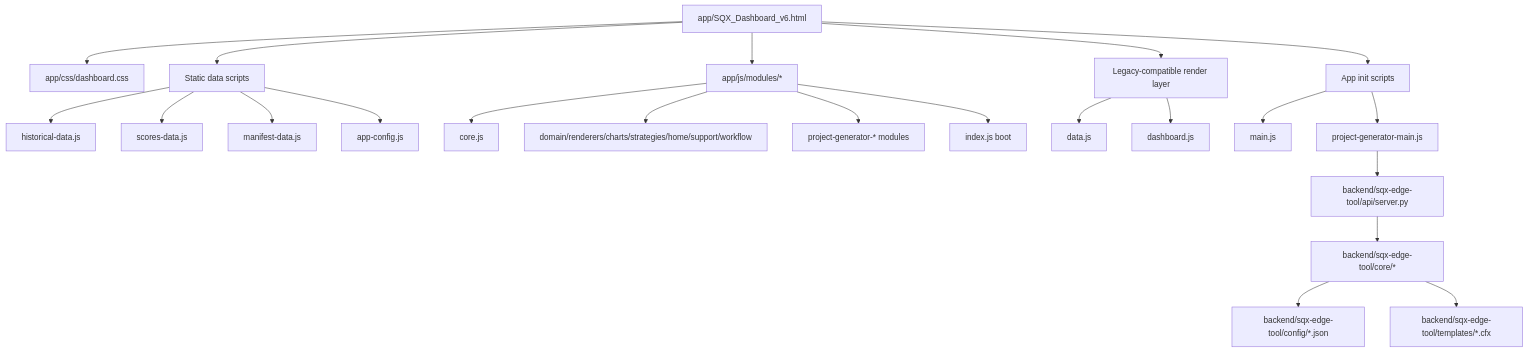
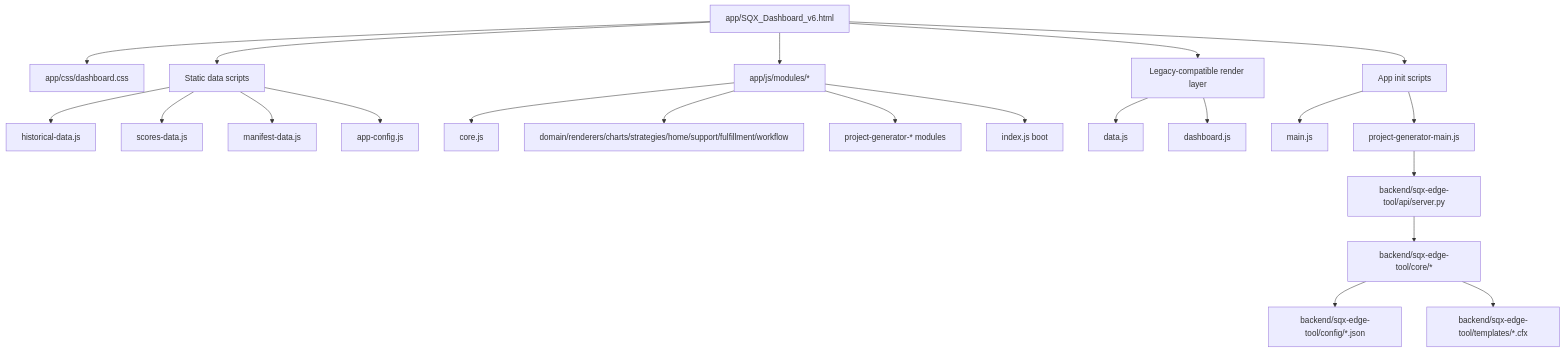
Before and after one commit to CryptoLeon78/SQX_Edge_Suite_v1: the diagram in docs/ARCHITECTURE.md, drawn with Mermaid. The commit also changed other lines of this file and 19 other files, not shown here.

````diff
--- a/docs/ARCHITECTURE.md
+++ b/docs/ARCHITECTURE.md
@@ -17,29 +17,29 @@
 ```mermaid
 flowchart TD
   H["app/SQX_Dashboard_v6.html"] --> CSS["app/css/dashboard.css"]
   H --> DATA["Static data scripts"]
   H --> MOD["app/js/modules/*"]
   H --> LEG["Legacy-compatible render layer"]
   H --> INIT["App init scripts"]
 
   DATA --> HD["historical-data.js"]
   DATA --> SD["scores-data.js"]
   DATA --> MD["manifest-data.js"]
   DATA --> CFG["app-config.js"]
 
   MOD --> CORE["core.js"]
-  MOD --> FEAT["domain/renderers/charts/strategies/home/support/workflow"]
+  MOD --> FEAT["domain/renderers/charts/strategies/home/support/fulfillment/workflow"]
   MOD --> PG["project-generator-* modules"]
   MOD --> IDX["index.js boot"]
 
   LEG --> DJ["data.js"]
   LEG --> DASH["dashboard.js"]
 
   INIT --> MAIN["main.js"]
   INIT --> PGM["project-generator-main.js"]
 
   PGM --> API["backend/sqx-edge-tool/api/server.py"]
   API --> COREPY["backend/sqx-edge-tool/core/*"]
   COREPY --> CONFIG["backend/sqx-edge-tool/config/*.json"]
   COREPY --> TPL["backend/sqx-edge-tool/templates/*.cfx"]
 ```
````
